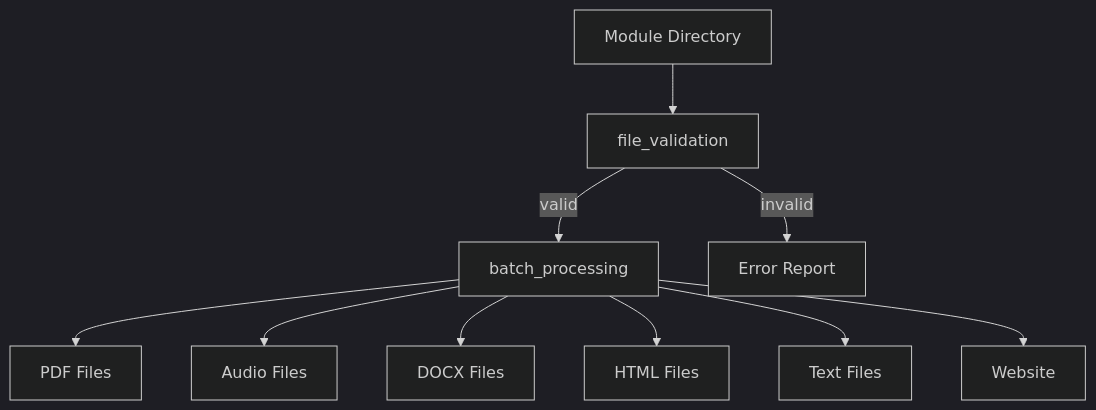
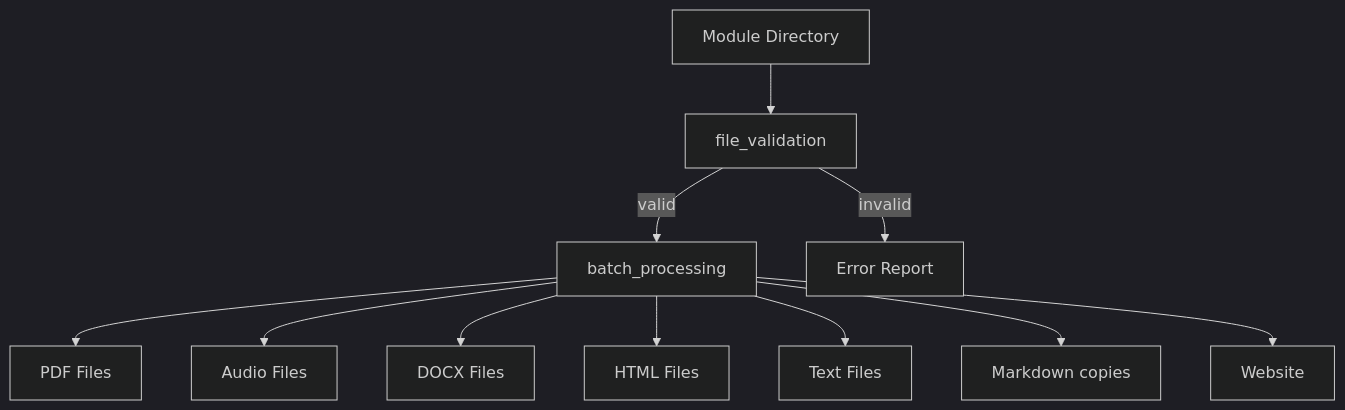
Before and after one commit to docxology/biol-1: the third of 4 diagrams in software/docs/ARCHITECTURE.md, drawn with Mermaid (dark theme). The commit also changed other lines of this file and 169 other files, not shown here.

````diff
--- a/software/docs/ARCHITECTURE.md
+++ b/software/docs/ARCHITECTURE.md
@@ -154,13 +169,14 @@
 ```mermaid
 flowchart TD
     INPUT["Module Directory"] --> VALIDATE["file_validation"]
     VALIDATE -->|"valid"| PROCESS["batch_processing"]
     VALIDATE -->|"invalid"| ERRORS["Error Report"]
     
     PROCESS --> PDF["PDF Files"]
     PROCESS --> MP3["Audio Files"]
     PROCESS --> DOCX["DOCX Files"]
     PROCESS --> HTML["HTML Files"]
     PROCESS --> TXT["Text Files"]
+    PROCESS --> MDOUT["Markdown copies"]
     PROCESS --> WEB["Website"]
 ```
````
